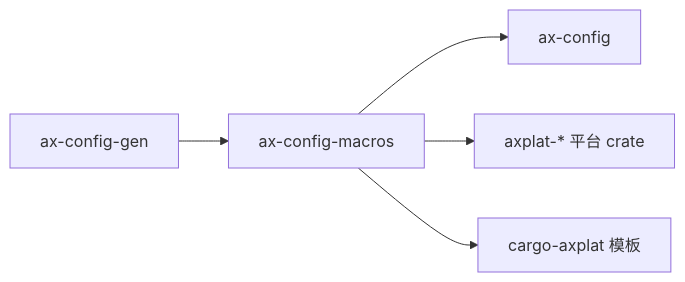
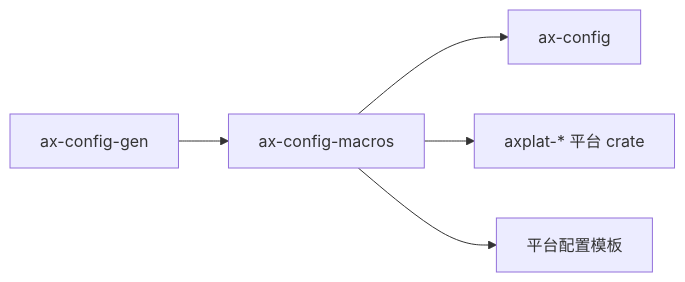
Before and after one commit to rcore-os/tgoskits: the second of 2 diagrams in docs/docs/components/crates/ax-config-macros.md, drawn with Mermaid. The commit also changed other lines of this file and 48 other files, not shown here.

First line of the commit message:
Refactor platform configuration handling and remove cargo-axplat dependency

````diff
--- a/docs/docs/components/crates/ax-config-macros.md
+++ b/docs/docs/components/crates/ax-config-macros.md
@@ -95,7 +95,7 @@
 ```mermaid
 graph LR
     ax_config_gen["ax-config-gen"] --> macros["ax-config-macros"]
     macros --> axconfig["ax-config"]
     macros --> axplat["axplat-* 平台 crate"]
-    macros --> template["cargo-axplat 模板"]
+    macros --> platform_config["平台配置模板"]
 ```
````
